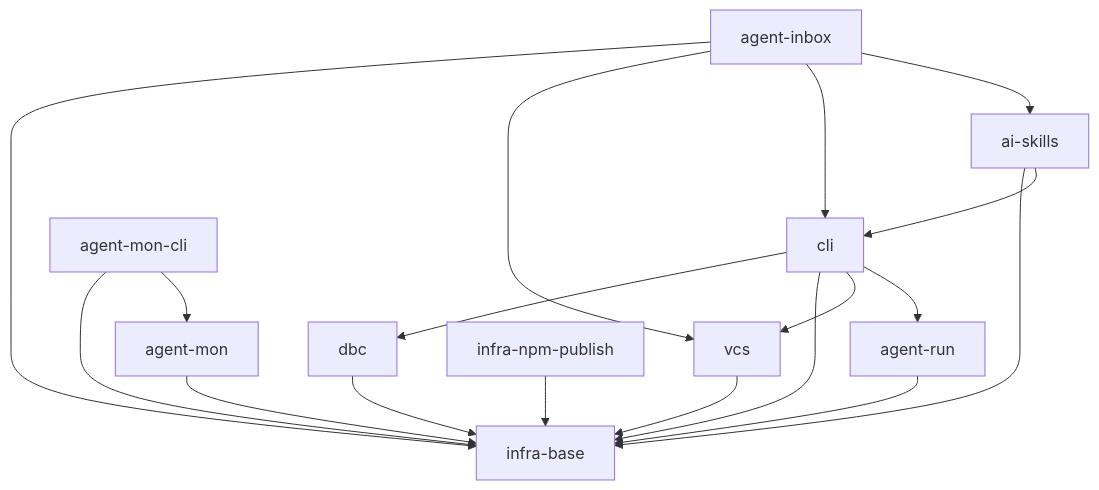
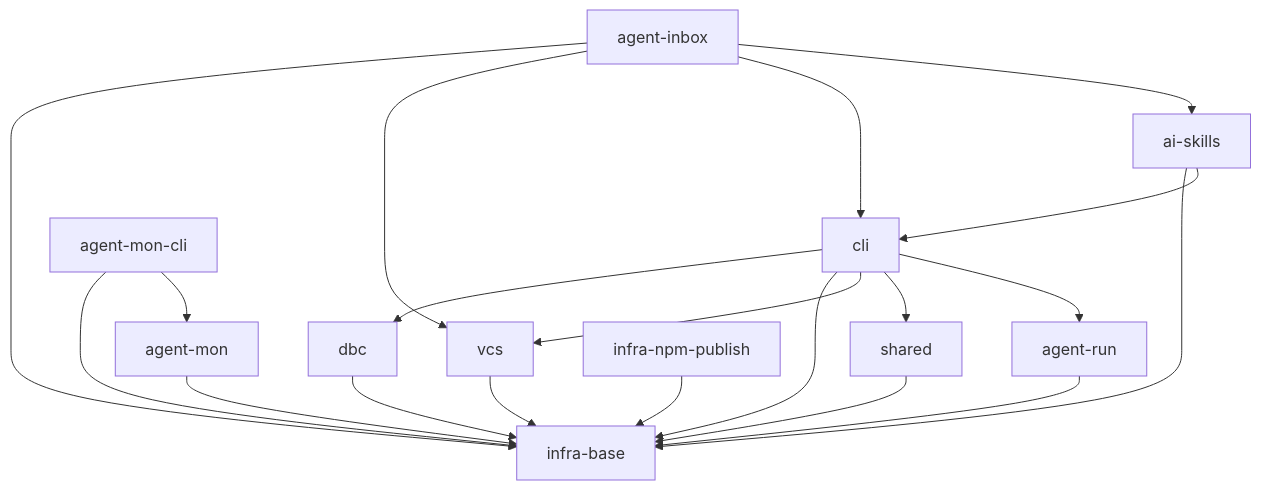
The diagram in specs/README.md (RubaXa/gennady), drawn with Mermaid before and after one commit. The commit also changed other lines of this file and 30 other files, not shown here.

````diff
--- a/specs/README.md
+++ b/specs/README.md
@@ -9,20 +9,22 @@
 ```mermaid
 graph TD
     cli --> dbc
     cli --> infra-base
     cli --> vcs
+    cli --> shared
     dbc --> infra-base
     vcs --> infra-base
     agent-mon --> infra-base
     agent-mon-cli --> infra-base
     agent-mon-cli --> agent-mon
     agent-run --> infra-base
     cli --> agent-run
     ai-skills --> infra-base
     ai-skills --> cli
     infra-npm-publish --> infra-base
     agent-inbox --> infra-base
     agent-inbox --> vcs
     agent-inbox --> cli
     agent-inbox --> ai-skills
+    shared --> infra-base
 ```
````
